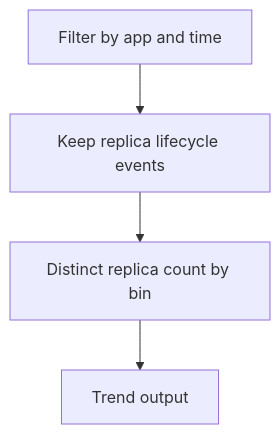
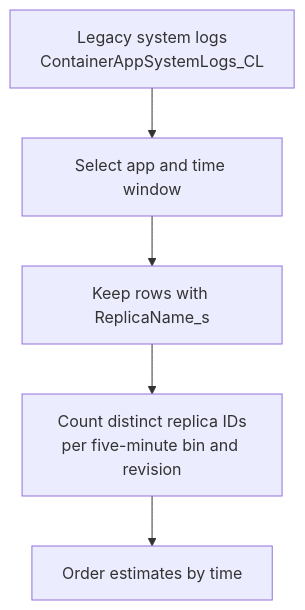
The diagram in docs/troubleshooting/kql/scaling-and-replicas/replica-count-over-time.md (yeongseon/azure-container-apps-practical-guide), drawn with Mermaid before and after one commit. The commit also changed other lines of this file and 22 other files, not shown here.

First line of the commit message:
docs(diagrams): migrate KQL diagnostic flows (#622)

````diff
--- a/docs/troubleshooting/kql/scaling-and-replicas/replica-count-over-time.md
+++ b/docs/troubleshooting/kql/scaling-and-replicas/replica-count-over-time.md
@@ -36,4 +36,10 @@
 ```mermaid
 flowchart TD
-    A[Filter by app and time] --> B[Keep replica lifecycle events] --> C[Distinct replica count by bin] --> D[Trend output]
+    accTitle: Estimate replica activity over time from system logs
+    accDescr: The query selects one app and time window from legacy system logs, keeps rows with replica names, counts distinct replica identifiers in five-minute bins by revision, and orders the estimates chronologically.
+
+    SOURCE[Legacy system logs<br/>ContainerAppSystemLogs_CL] --> SCOPE[Select app and time window]
+    SCOPE --> REPLICAS[Keep rows with ReplicaName_s]
+    REPLICAS --> COUNT[Count distinct replica IDs<br/>per five-minute bin and revision]
+    COUNT --> RESULT[Order estimates by time]
 ```
````
